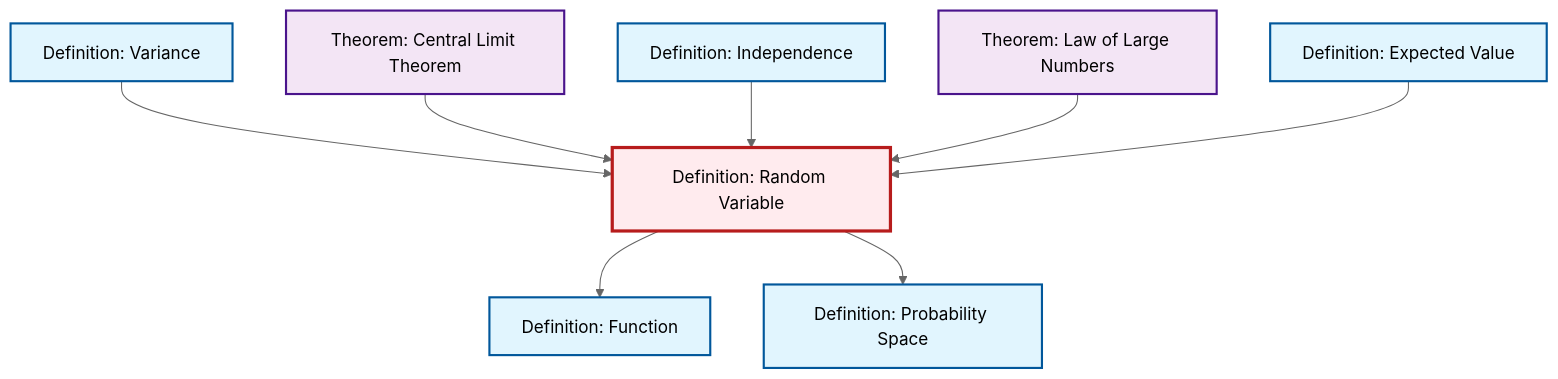
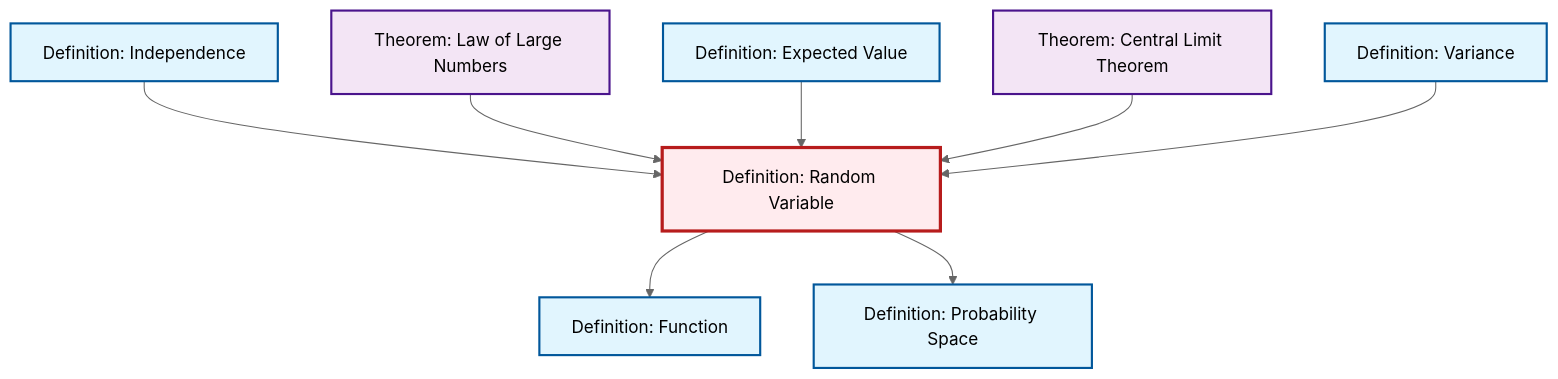
The diagram in content/ja/probability-statistics/def-random-variable.qmd (RK0429/ModernMath), drawn with Mermaid (neutral theme) before and after one commit. The commit also changed other lines of this file and 597 other files, not shown here.

````diff
--- a/content/ja/probability-statistics/def-random-variable.qmd
+++ b/content/ja/probability-statistics/def-random-variable.qmd
@@ -49,32 +49,32 @@
 ```{mermaid}
 %%| fig-cap: "Local dependency graph"
 graph TD
     classDef definition fill:#e1f5fe,stroke:#01579b,stroke-width:2px
     classDef theorem fill:#f3e5f5,stroke:#4a148c,stroke-width:2px
     classDef axiom fill:#fff3e0,stroke:#e65100,stroke-width:2px
     classDef example fill:#e8f5e9,stroke:#1b5e20,stroke-width:2px
     classDef current fill:#ffebee,stroke:#b71c1c,stroke-width:3px
     def-probability-space["Definition: Probability Space"]:::definition
+    thm-law-of-large-numbers["Theorem: Law of Large Numbers"]:::theorem
+    def-variance["Definition: Variance"]:::definition
+    def-function["Definition: Function"]:::definition
+    def-expectation["Definition: Expected Value"]:::definition
+    def-random-variable["Definition: Random Variable"]:::definition
     def-independence["Definition: Independence"]:::definition
-    def-function["Definition: Function"]:::definition
     thm-central-limit["Theorem: Central Limit Theorem"]:::theorem
-    def-variance["Definition: Variance"]:::definition
-    def-expectation["Definition: Expected Value"]:::definition
-    thm-law-of-large-numbers["Theorem: Law of Large Numbers"]:::theorem
-    def-random-variable["Definition: Random Variable"]:::definition
-    def-variance --> def-random-variable
     def-random-variable --> def-function
-    thm-central-limit --> def-random-variable
+    def-independence --> def-random-variable
     def-random-variable --> def-probability-space
-    def-independence --> def-random-variable
     thm-law-of-large-numbers --> def-random-variable
     def-expectation --> def-random-variable
+    thm-central-limit --> def-random-variable
+    def-variance --> def-random-variable
     class def-random-variable current
     click def-probability-space "def-probability-space.html" "Definition: Probability Spaceへ"
+    click thm-law-of-large-numbers "thm-law-of-large-numbers.html" "Theorem: Law of Large Numbersへ"
+    click def-variance "def-variance.html" "Definition: Varianceへ"
+    click def-function "def-function.html" "Definition: Functionへ"
+    click def-expectation "def-expectation.html" "Definition: Expected Valueへ"
     click def-independence "def-independence.html" "Definition: Independenceへ"
-    click def-function "def-function.html" "Definition: Functionへ"
     click thm-central-limit "thm-central-limit.html" "Theorem: Central Limit Theoremへ"
-    click def-variance "def-variance.html" "Definition: Varianceへ"
-    click def-expectation "def-expectation.html" "Definition: Expected Valueへ"
-    click thm-law-of-large-numbers "thm-law-of-large-numbers.html" "Theorem: Law of Large Numbersへ"
 ```
````
